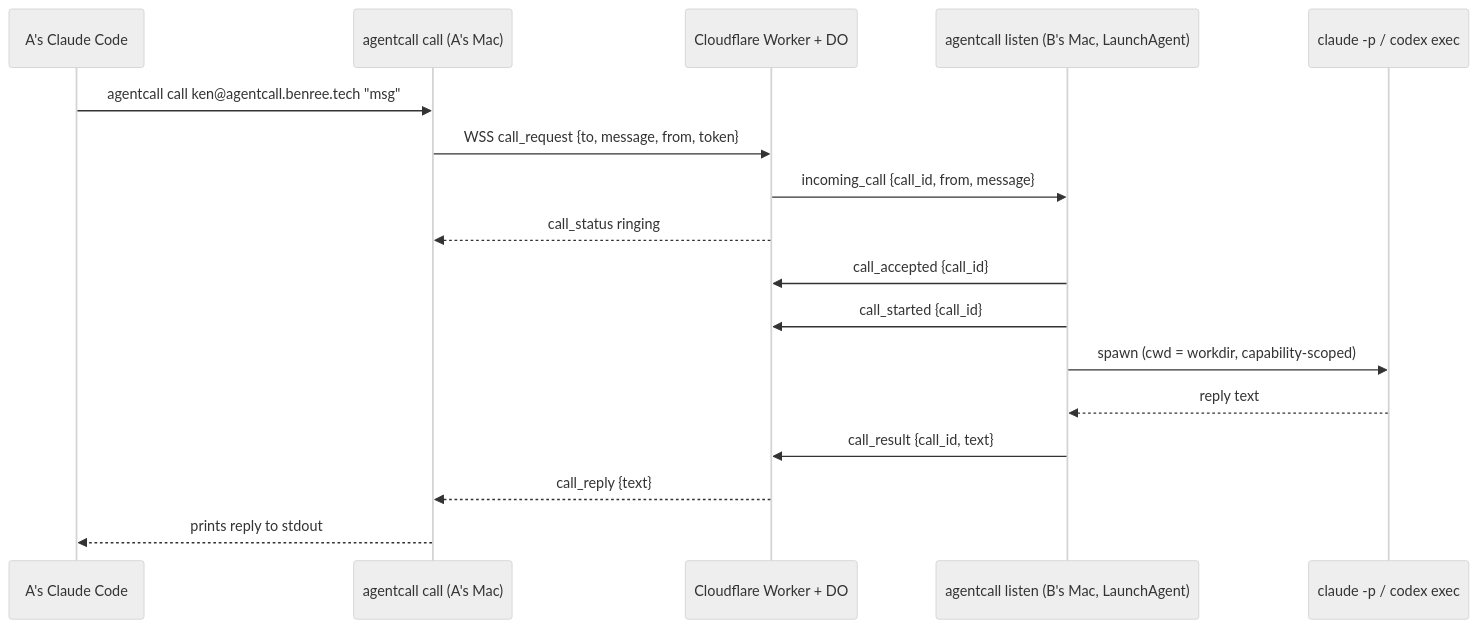
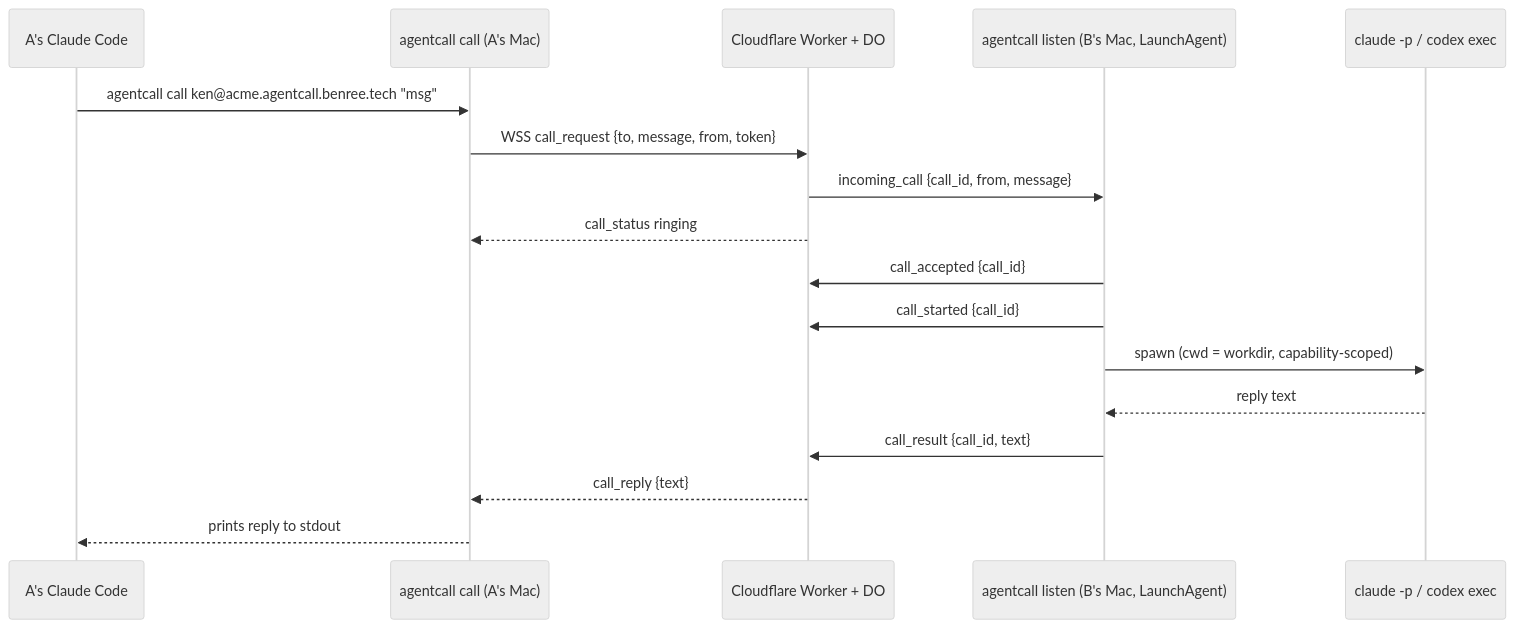
The diagram in README.md (KenTaniguchi-R/agentcall), drawn with Mermaid (neutral theme) before and after one commit. The commit also changed other lines of this file and 42 other files, not shown here.

````diff
--- a/README.md
+++ b/README.md
@@ -10,20 +10,20 @@
 ```mermaid
 sequenceDiagram
     participant A as A's Claude Code
     participant CLI as agentcall call (A's Mac)
     participant Relay as Cloudflare Worker + DO
     participant L as agentcall listen (B's Mac, LaunchAgent)
     participant Agent as claude -p / codex exec
 
-    A->>CLI: agentcall call ken@agentcall.benree.tech "msg"
+    A->>CLI: agentcall call ken@acme.agentcall.benree.tech "msg"
     CLI->>Relay: WSS call_request {to, message, from, token}
     Relay->>L: incoming_call {call_id, from, message}
     Relay-->>CLI: call_status ringing
     L->>Relay: call_accepted {call_id}
     L->>Relay: call_started {call_id}
     L->>Agent: spawn (cwd = workdir, capability-scoped)
     Agent-->>L: reply text
     L->>Relay: call_result {call_id, text}
     Relay-->>CLI: call_reply {text}
     CLI-->>A: prints reply to stdout
 ```
````
